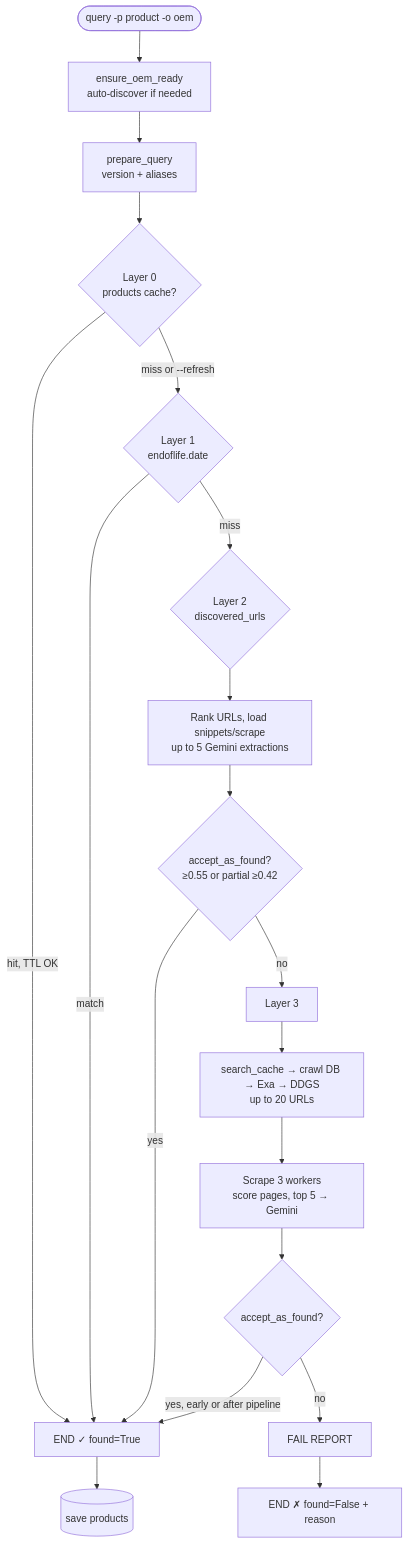
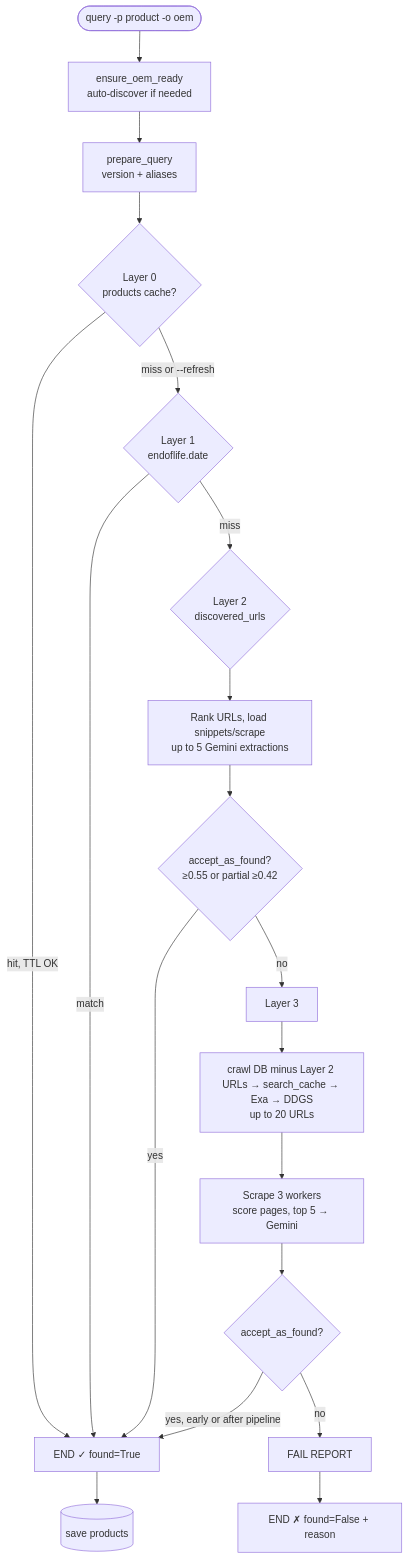
Before and after one commit to CDWVR/OEM_Catalog_Automation: the third of 8 diagrams in WORKFLOW.md, drawn with Mermaid. The commit also changed other lines of this file and 26 other files, not shown here.

````diff
--- a/WORKFLOW.md
+++ b/WORKFLOW.md
@@ -85,26 +85,26 @@
 ```mermaid
 flowchart TD
     START([query -p product -o oem]) --> PRE[ensure_oem_ready<br/>auto-discover if needed]
     PRE --> PREP[prepare_query<br/>version + aliases]
 
     PREP --> L0{Layer 0<br/>products cache?}
     L0 -->|hit, TTL OK| END_OK[END ✓ found=True]
     L0 -->|miss or --refresh| L1{Layer 1<br/>endoflife.date}
 
     L1 -->|match| END_OK
     L1 -->|miss| L2{Layer 2<br/>discovered_urls}
 
     L2 --> L2A[Rank URLs, load snippets/scrape<br/>up to 5 Gemini extractions]
     L2A --> L2B{accept_as_found?<br/>≥0.55 or partial ≥0.42}
     L2B -->|yes| END_OK
     L2B -->|no| L3[Layer 3]
 
-    L3 --> L3A[search_cache → crawl DB → Exa → DDGS<br/>up to 20 URLs]
+    L3 --> L3A[crawl DB minus Layer 2 URLs → search_cache → Exa → DDGS<br/>up to 20 URLs]
     L3A --> L3B[Scrape 3 workers<br/>score pages, top 5 → Gemini]
     L3B --> L3C{accept_as_found?}
     L3C -->|yes, early or after pipeline| END_OK
     L3C -->|no| L4[FAIL REPORT]
     L4 --> END_FAIL[END ✗ found=False + reason]
 
     END_OK --> SAVE[(save products)]
 ```
````
